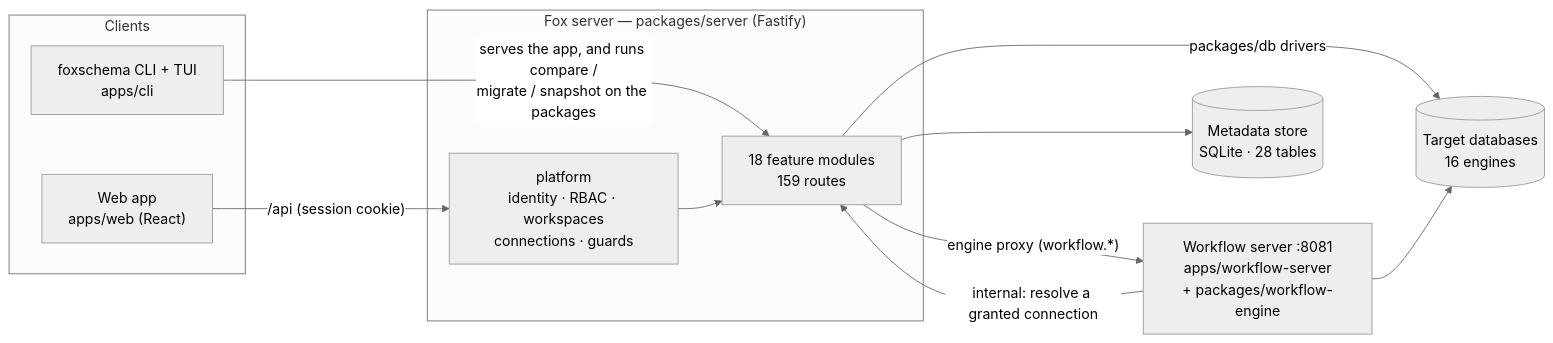
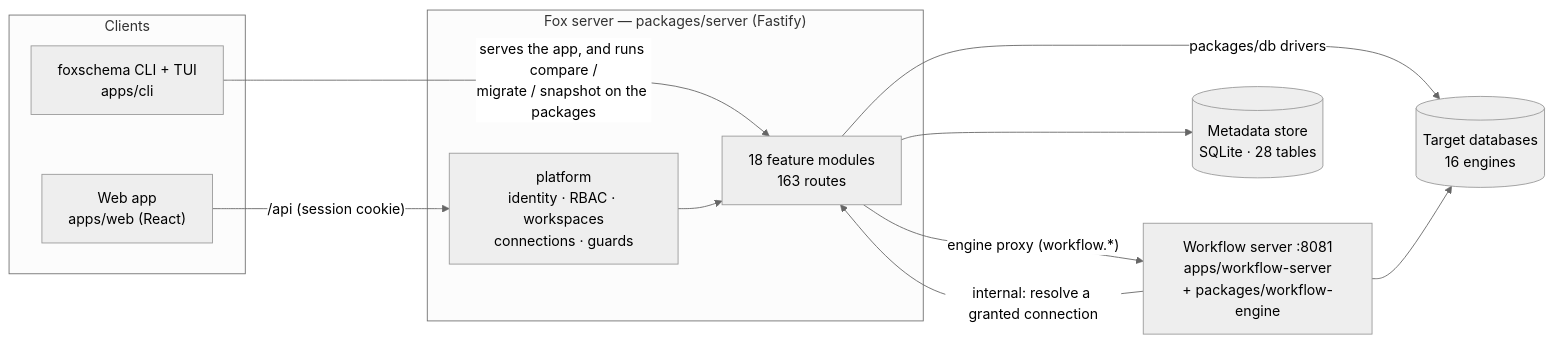
The first of 12 diagrams in docs/FEATURE_MAP.md (tedious-code/foxSchema), drawn with Mermaid (neutral theme) before and after one commit. The commit also changed other lines of this file and 29 other files, not shown here.

````diff
--- a/docs/FEATURE_MAP.md
+++ b/docs/FEATURE_MAP.md
@@ -33,23 +33,23 @@
 ```mermaid
 flowchart LR
   subgraph clients[Clients]
     WEB["Web app<br/>apps/web (React)"]
     CLI["foxschema CLI + TUI<br/>apps/cli"]
   end
   subgraph server["Fox server — packages/server (Fastify)"]
     PLAT["platform<br/>identity · RBAC · workspaces<br/>connections · guards"]
-    FEAT["18 feature modules<br/>159 routes"]
+    FEAT["18 feature modules<br/>163 routes"]
   end
   WFS["Workflow server :8081<br/>apps/workflow-server<br/>+ packages/workflow-engine"]
   META[("Metadata store<br/>SQLite · 28 tables")]
   ENG[("Target databases<br/>16 engines")]
 
   WEB -- "/api (session cookie)" --> PLAT
   CLI -- "serves the app, and runs compare /<br/>migrate / snapshot on the packages" --> FEAT
   PLAT --> FEAT
   FEAT --> META
   FEAT -- "packages/db drivers" --> ENG
   FEAT -- "engine proxy (workflow.*)" --> WFS
   WFS -- "internal: resolve a granted connection" --> FEAT
   WFS --> ENG
 ```
````
